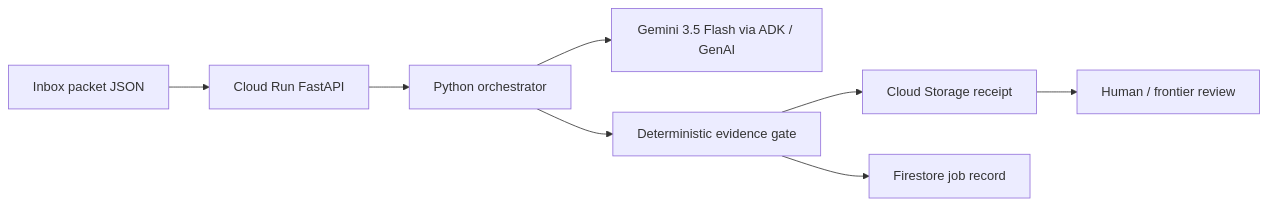
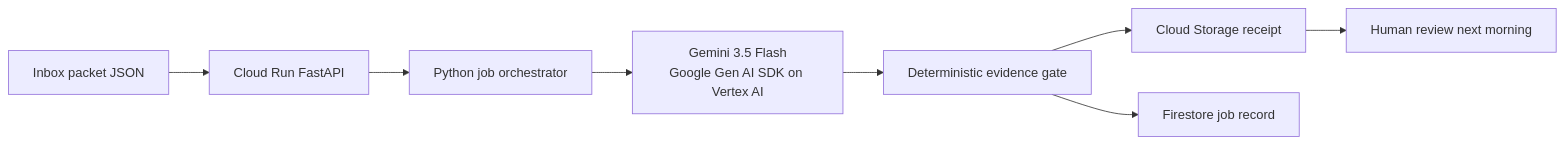
One commit to ttthkim-hue/night-clerk changed the diagram in docs/architecture.md. Above: the diagram before and after it, drawn with Mermaid. The commit also changed other lines of this file, not shown here.

Commit message:
Make contest architecture mapping and authority boundary exact

````diff
--- a/docs/architecture.md
+++ b/docs/architecture.md
@@ -5,10 +5,10 @@
 ```mermaid
 flowchart LR
     Inbox[Inbox packet JSON] --> API[Cloud Run FastAPI]
-    API --> Pipe[Python orchestrator]
-    Pipe --> Label[Gemini 3.5 Flash via ADK / GenAI]
-    Pipe --> Gate[Deterministic evidence gate]
+    API --> Pipe[Python job orchestrator]
+    Pipe --> Gemini[Gemini 3.5 Flash\nGoogle Gen AI SDK on Vertex AI]
+    Gemini --> Gate[Deterministic evidence gate]
     Gate --> GCS[Cloud Storage receipt]
     Gate --> FS[Firestore job record]
-    GCS --> Human[Human / frontier review]
+    GCS --> Human[Human review next morning]
 ```
````
